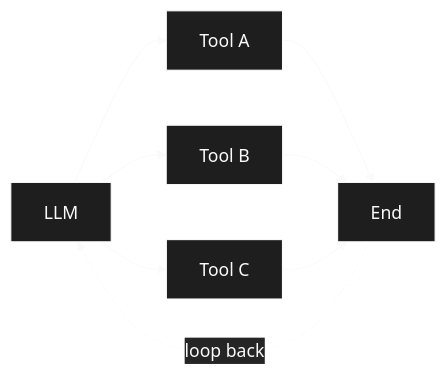
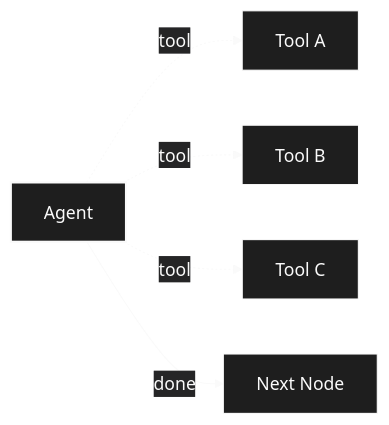
One commit to splox-ai/docs changed the sixth of 8 diagrams in concepts/edges.mdx. Above: the diagram before and after it, drawn with Mermaid. The commit also changed other lines of this file and 5 other files, not shown here.

````diff
--- a/concepts/edges.mdx
+++ b/concepts/edges.mdx
@@ -298,17 +287,14 @@
     ```mermaid
     %%{init: {'theme':'base', 'themeVariables': {'primaryColor':'#252526','primaryTextColor':'#fafafa','primaryBorderColor':'#fafafa','lineColor':'#fafafa','secondaryColor':'#1e1e1e','tertiaryColor':'#252526','background':'#1e1e1e','mainBkg':'#252526','secondBkg':'#1e1e1e','textColor':'#fafafa','nodeTextColor':'#fafafa','nodeBorder':'#fafafa','edgeLabelBackground':'#252526'}}}%%
     graph LR
-      LLM --> ToolA[Tool A]
-      LLM --> ToolB[Tool B]
-      LLM --> ToolC[Tool C]
-      ToolA --> End
-      ToolB --> End
-      ToolC --> End
-      End -.loop back.-> LLM
+      Agent[Agent] -.->|tool| ToolA[Tool A]
+      Agent -.->|tool| ToolB[Tool B]
+      Agent -.->|tool| ToolC[Tool C]
+      Agent -->|done| Next[Next Node]
       
-      style LLM fill:#1e1e1e,stroke:#fafafa
+      style Agent fill:#1e1e1e,stroke:#fafafa,stroke-width:2px
       style ToolA fill:#1e1e1e,stroke:#fafafa
       style ToolB fill:#1e1e1e,stroke:#fafafa
       style ToolC fill:#1e1e1e,stroke:#fafafa
-      style End fill:#1e1e1e,stroke:#fafafa
+      style Next fill:#1e1e1e,stroke:#fafafa
     ```
````
